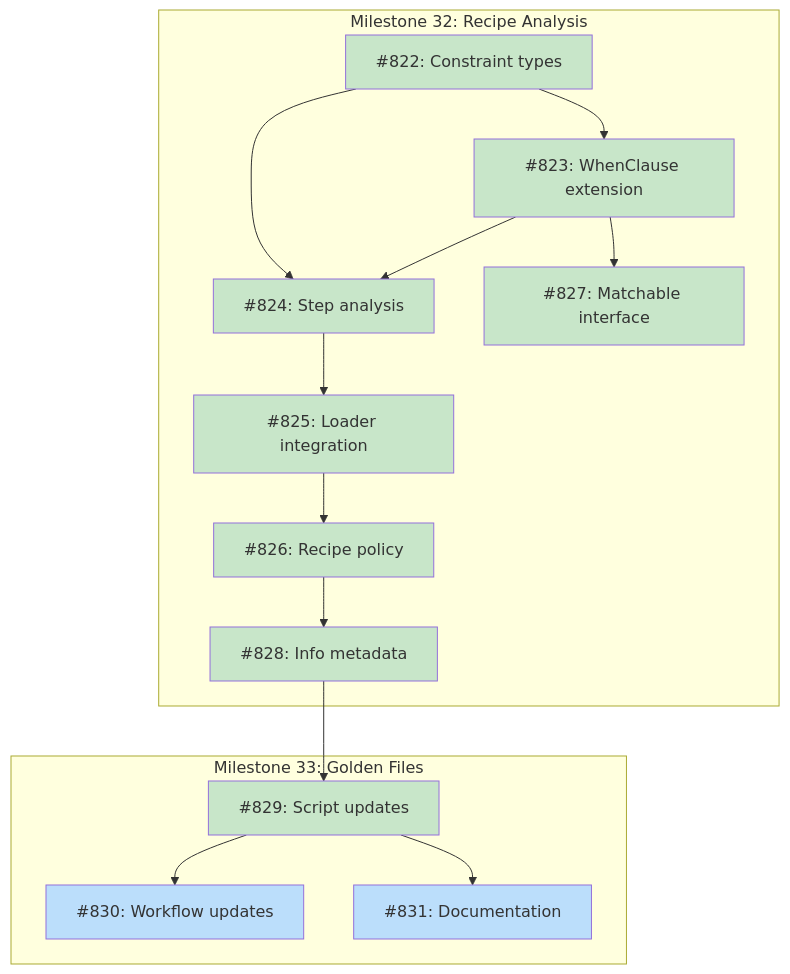
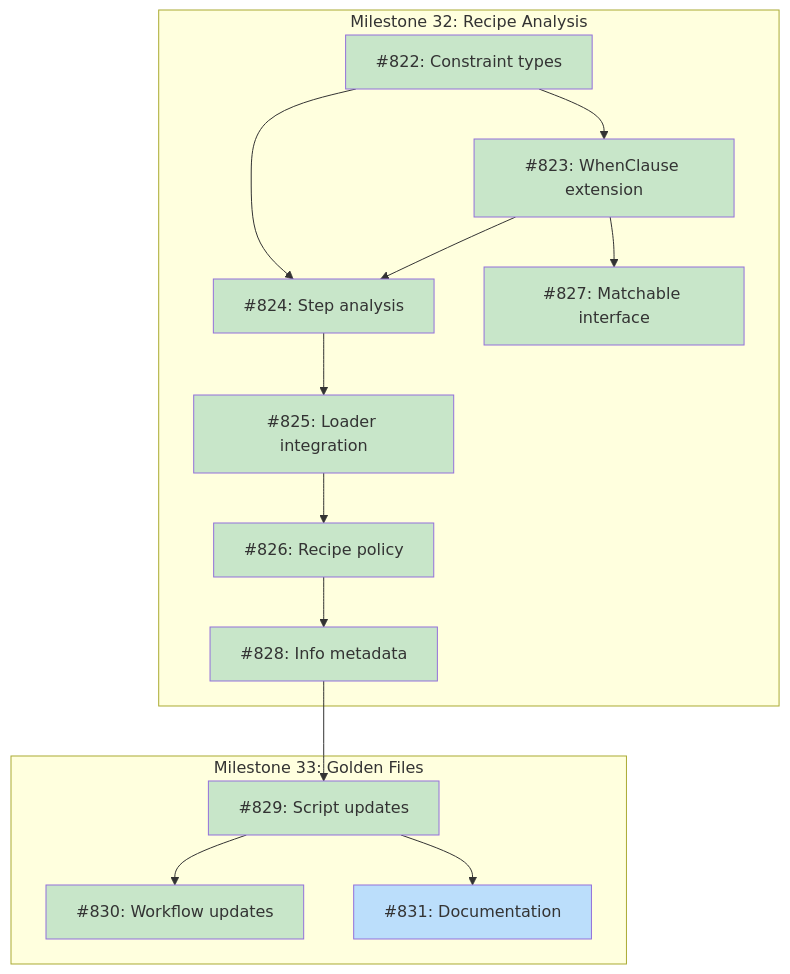
The diagram in docs/DESIGN-golden-family-support.md (tsukumogami/tsuku), drawn with Mermaid before and after one commit. The commit also changed 1 other file, not shown here.

Commit message:
docs(ci): add family-aware recipe documentation to workflow (#840)
Add documentation comments to generate-golden-files.yml explaining
family-aware recipe handling.

````diff
--- a/docs/DESIGN-golden-family-support.md
+++ b/docs/DESIGN-golden-family-support.md
@@ -31,37 +31,37 @@
 ```mermaid
 graph TD
     subgraph M32["Milestone 32: Recipe Analysis"]
         I822["#822: Constraint types"]
         I823["#823: WhenClause extension"]
         I824["#824: Step analysis"]
         I825["#825: Loader integration"]
         I826["#826: Recipe policy"]
         I827["#827: Matchable interface"]
         I828["#828: Info metadata"]
     end
 
     subgraph M33["Milestone 33: Golden Files"]
         I829["#829: Script updates"]
         I830["#830: Workflow updates"]
         I831["#831: Documentation"]
     end
 
     I822 --> I823
     I822 --> I824
     I823 --> I824
     I823 --> I827
     I824 --> I825
     I825 --> I826
     I826 --> I828
     I828 --> I829
     I829 --> I830
     I829 --> I831
 
     classDef done fill:#c8e6c9
     classDef ready fill:#bbdefb
     classDef blocked fill:#fff9c4
     classDef needsDesign fill:#e1bee7
 
-    class I822,I823,I824,I825,I826,I827,I828,I829 done
-    class I830,I831 ready
+    class I822,I823,I824,I825,I826,I827,I828,I829,I830 done
+    class I831 ready
 ```
````
